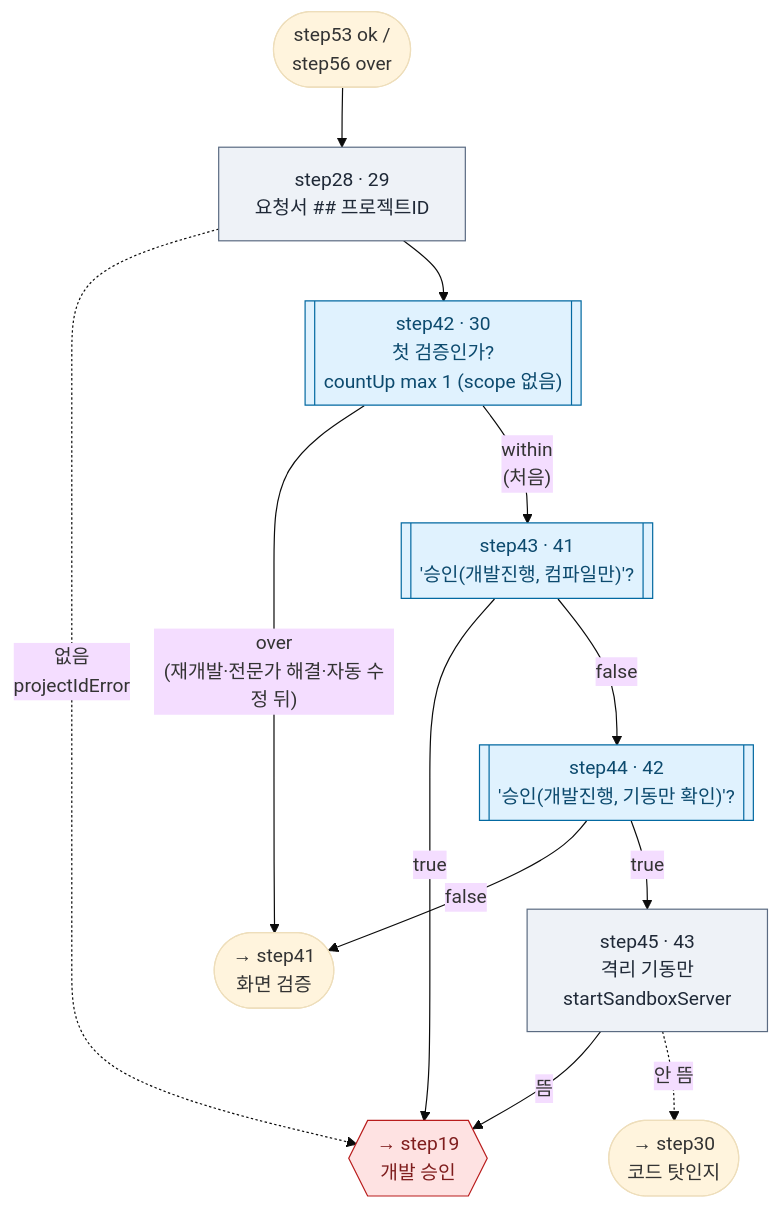
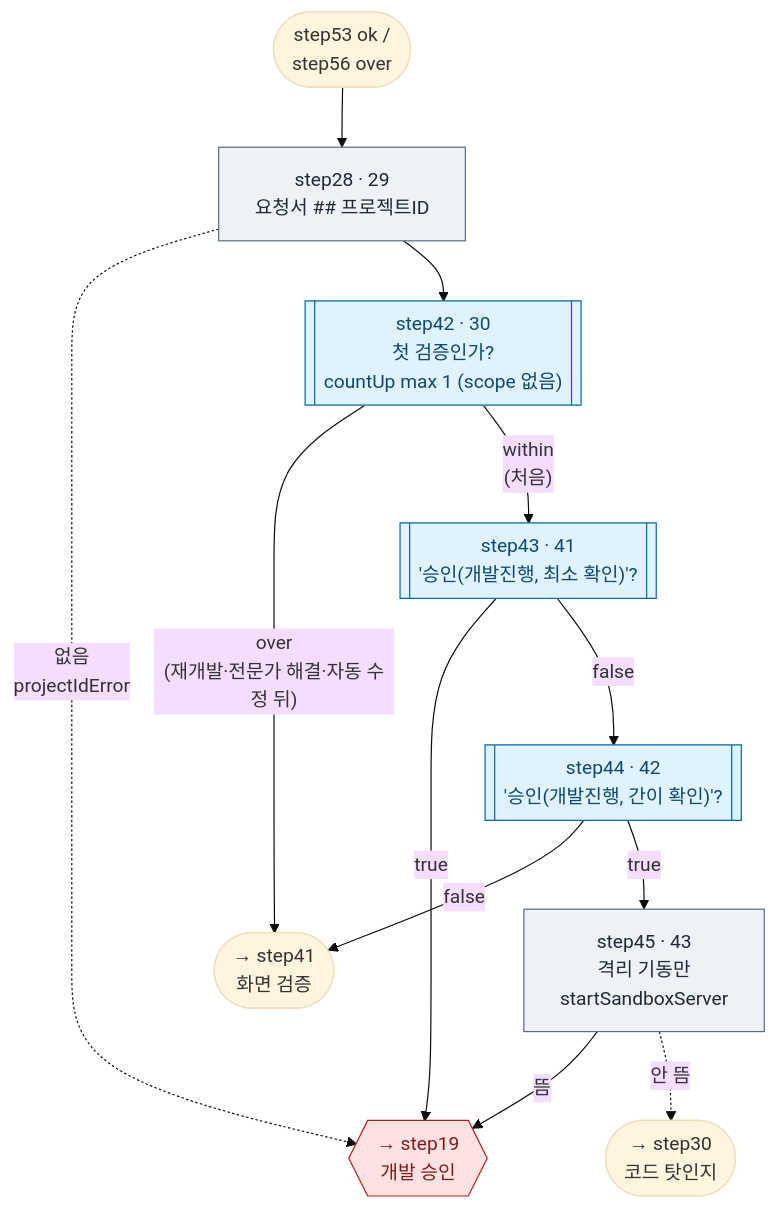
Diagram 14 of 25 in docs/09.dstone-ai-engine-sm-workflow.md (YongSoekChoeng/dstone), drawn with Mermaid (base theme) before and after one commit. The commit also changed other lines of this file and 13 other files, not shown here.

````diff
--- a/docs/09.dstone-ai-engine-sm-workflow.md
+++ b/docs/09.dstone-ai-engine-sm-workflow.md
@@ -1089,18 +1089,18 @@
 ```mermaid
 flowchart TD
     IN(["step53 ok /<br/>step56 over"]) --> step28["step28 · 29<br/>요청서 ## 프로젝트ID"]:::tool
     step28 -.->|"없음<br/>projectIdError"| step19{{"→ step19<br/>개발 승인"}}:::appr
     step28 --> step42[["step42 · 30<br/>첫 검증인가?<br/>countUp max 1 (scope 없음)"]]:::route
     step42 -->|"over<br/>(재개발·전문가 해결·자동 수정 뒤)"| FULL(["→ step41<br/>화면 검증"])
-    step42 -->|"within<br/>(처음)"| step43[["step43 · 41<br/>'승인(개발진행, 컴파일만)'?"]]:::route
+    step42 -->|"within<br/>(처음)"| step43[["step43 · 41<br/>'승인(개발진행, 최소 확인)'?"]]:::route
     step43 -->|true| step19
-    step43 -->|false| step44[["step44 · 42<br/>'승인(개발진행, 기동만 확인)'?"]]:::route
+    step43 -->|false| step44[["step44 · 42<br/>'승인(개발진행, 간이 확인)'?"]]:::route
     step44 -->|false| FULL
     step44 -->|true| step45["step45 · 43<br/>격리 기동만<br/>startSandboxServer"]:::tool
     step45 -->|뜸| step19
     step45 -.->|"안 뜸"| step30(["→ step30<br/>코드 탓인지"])
 
     classDef tool fill:#eef2f7,stroke:#5b6b82,color:#1f2937
     classDef route fill:#e0f2fe,stroke:#0369a1,color:#0c4a6e
     classDef appr fill:#fee2e2,stroke:#b91c1c,color:#7f1d1d
 ```
````
